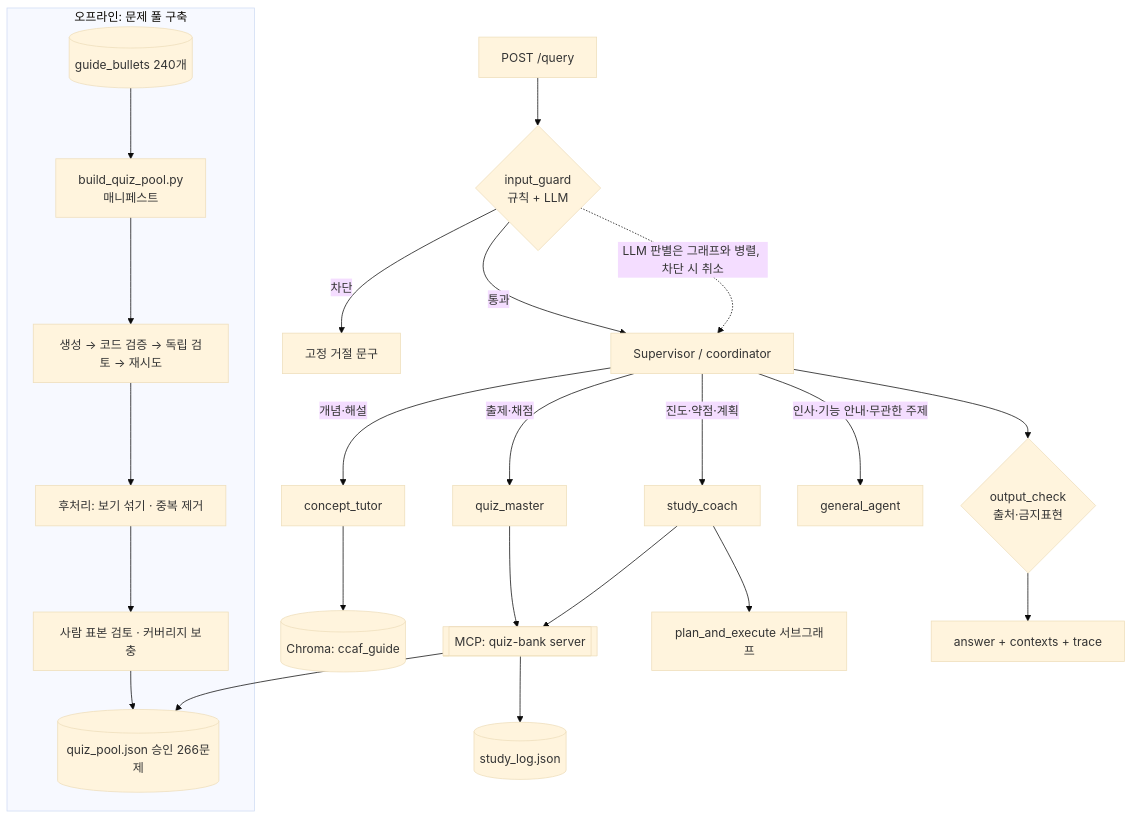
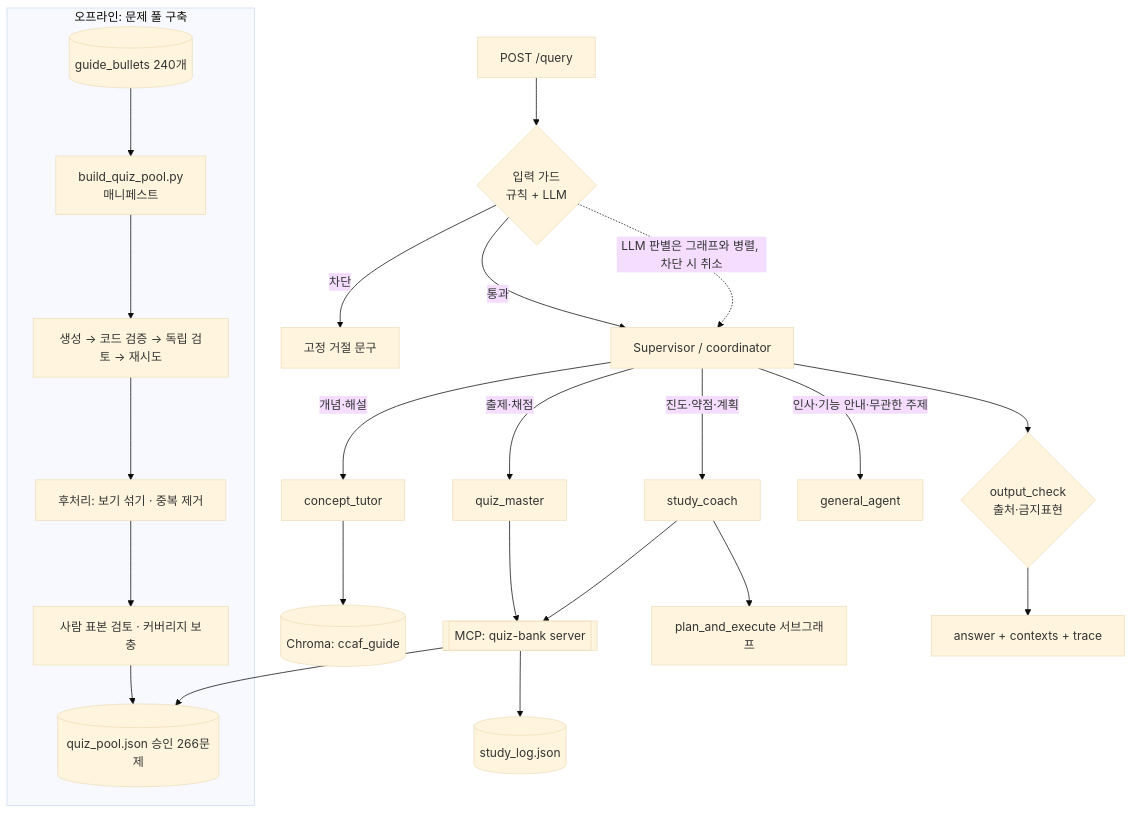
One commit to kainetic/ccaf-study-coach changed the diagram in docs/DESIGN.md. Above: the diagram before and after it, drawn with Mermaid (base theme). The commit also changed other lines of this file and 9 other files, not shown here.

````diff
--- a/docs/DESIGN.md
+++ b/docs/DESIGN.md
@@ -120,26 +120,26 @@
 ```mermaid
 flowchart TD
     subgraph OFFLINE[오프라인: 문제 풀 구축]
         B0[(guide_bullets 240개)] --> B1[build_quiz_pool.py<br/>매니페스트]
         B1 --> B2[생성 → 코드 검증 → 독립 검토 → 재시도]
         B2 --> B3[후처리: 보기 섞기 · 중복 제거]
         B3 --> B4[사람 표본 검토 · 커버리지 보충]
         B4 --> QP[(quiz_pool.json 승인 266문제)]
     end
-    U[POST /query] --> G{input_guard<br/>규칙 + LLM}
+    U[POST /query] --> G{입력 가드<br/>규칙 + LLM}
     G -- 차단 --> R[고정 거절 문구]
     G -- 통과 --> S[Supervisor / coordinator]
     S -->|개념·해설| T[concept_tutor]
     S -->|출제·채점| Q[quiz_master]
     S -->|진도·약점·계획| C[study_coach]
     S -->|인사·기능 안내·무관한 주제| GA[general_agent]
     T --> V[(Chroma: ccaf_guide)]
     Q --> M[[MCP: quiz-bank server]]
     M --> QP
     M --> SL[(study_log.json)]
     C --> M
     C --> P[plan_and_execute 서브그래프]
     S --> O{output_check<br/>출처·금지표현}
     G -. LLM 판별은 그래프와 병렬, 차단 시 취소 .-> S
     O --> A[answer + contexts + trace]
 ```
````
